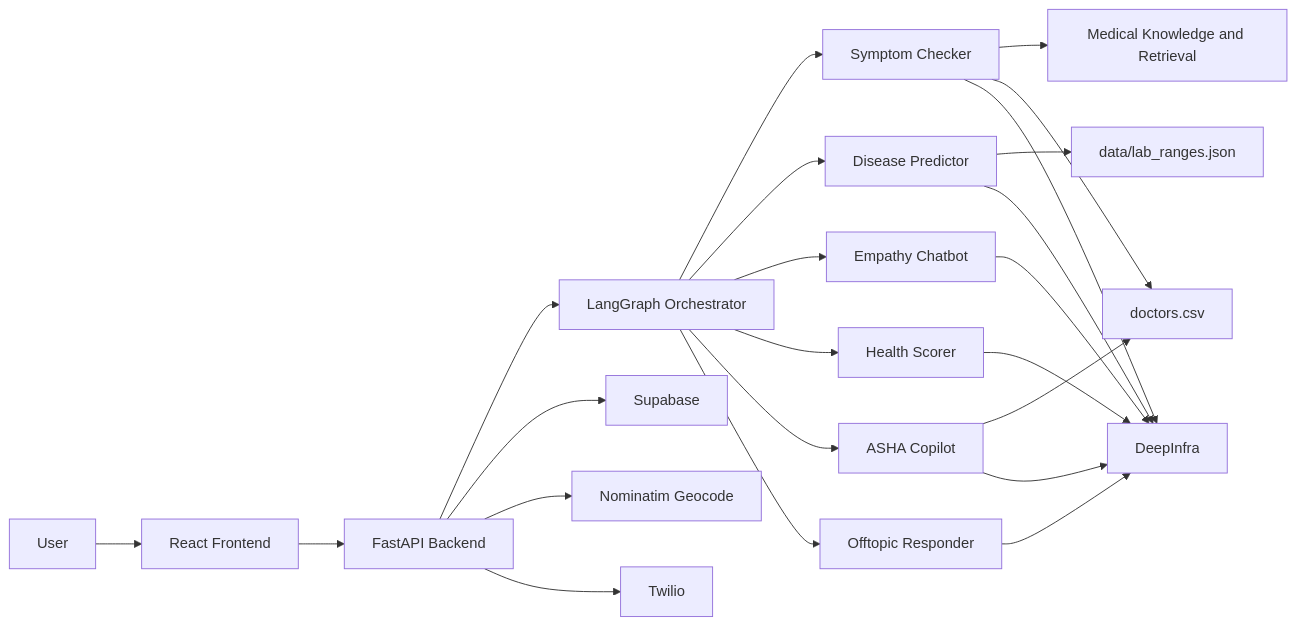
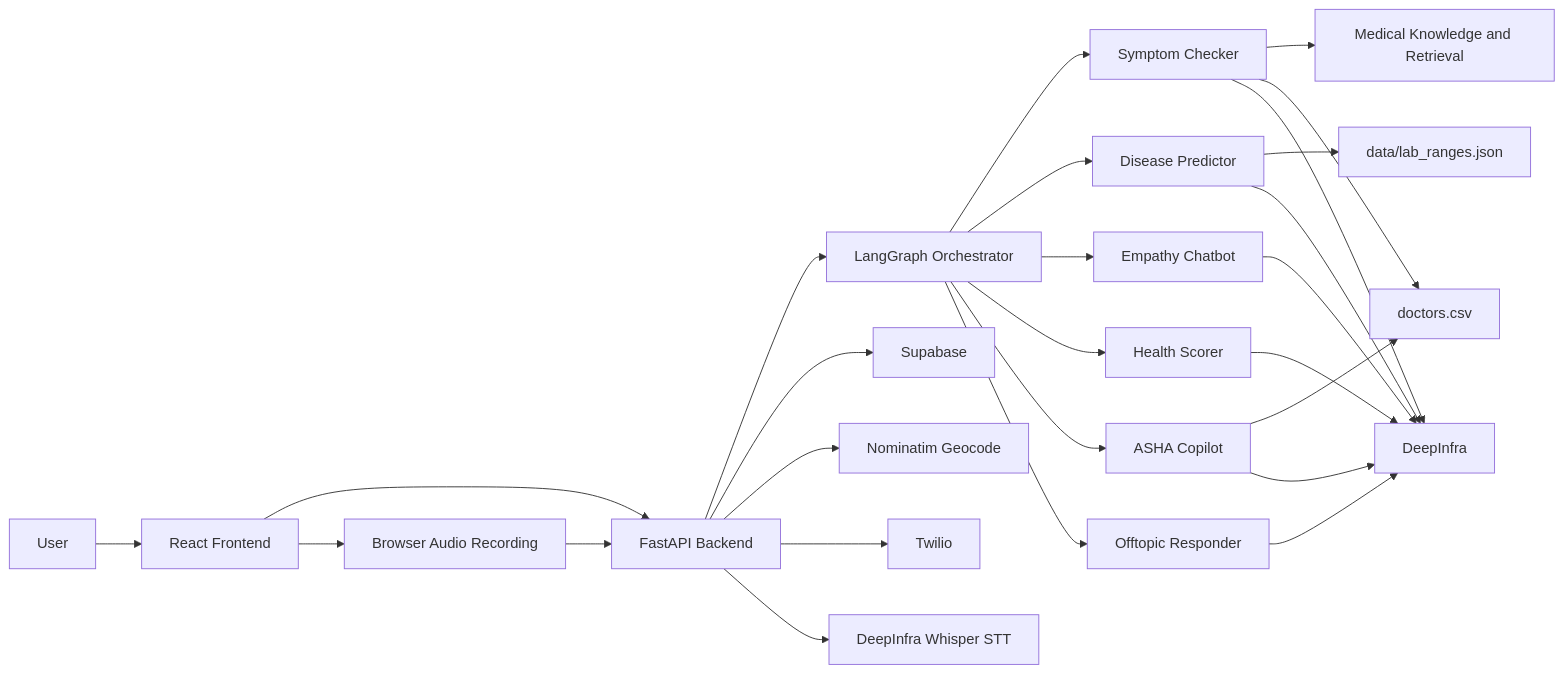
The first of 7 diagrams in medmas/docs/end-to-end-architecture.md (Parthiv1124/MedMAS), drawn with Mermaid before and after one commit. The commit also changed other lines of this file and 9 other files, not shown here.

````diff
--- a/medmas/docs/end-to-end-architecture.md
+++ b/medmas/docs/end-to-end-architecture.md
@@ -37,29 +39,33 @@
 ```mermaid
 flowchart LR
     U[User] --> FE[React Frontend]
     FE --> API[FastAPI Backend]
     API --> ORCH[LangGraph Orchestrator]
 
     ORCH --> AG1[Symptom Checker]
     ORCH --> AG2[Disease Predictor]
     ORCH --> AG3[Empathy Chatbot]
     ORCH --> AG4[Health Scorer]
     ORCH --> AG5[ASHA Copilot]
     ORCH --> AG6[Offtopic Responder]
 
     AG1 --> KB[Medical Knowledge and Retrieval]
     AG1 --> DOCS[doctors.csv]
     AG2 --> LAB[data/lab_ranges.json]
     AG5 --> DOCS
 
     AG1 --> DI[DeepInfra]
     AG2 --> DI
     AG3 --> DI
     AG4 --> DI
     AG5 --> DI
     AG6 --> DI
 
+    FE --> STT[Browser Audio Recording]
+    STT --> API
+
     API --> SUPA[Supabase]
     API --> OSM[Nominatim Geocode]
     API --> TW[Twilio]
+    API --> STTM[DeepInfra Whisper STT]
 ```
````
